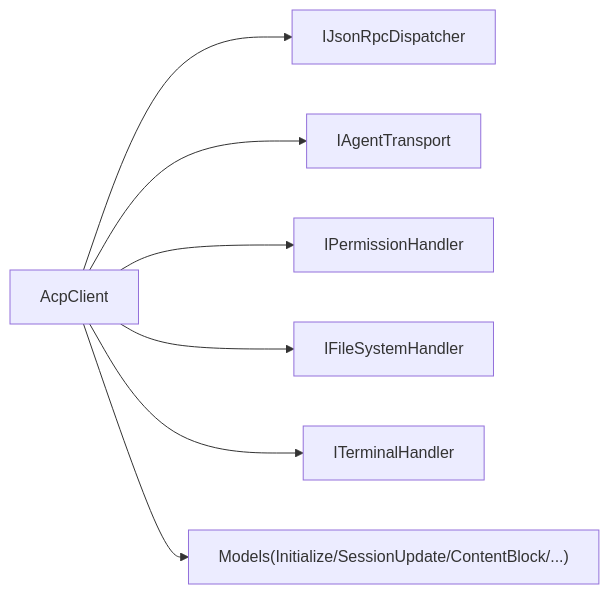
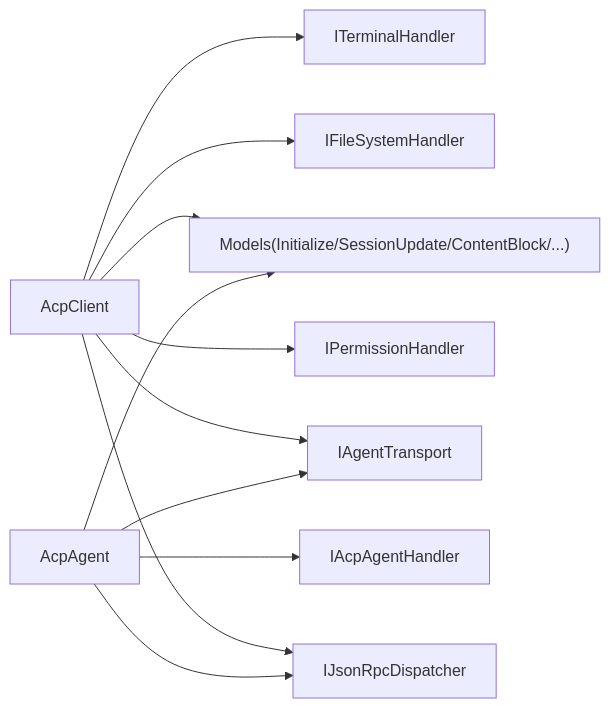
One commit to AgenticDesktop/ACPLibrary changed the sixth of 6 diagrams in .qoder/repowiki/zh/content/客户端API/客户端API.md. Above: the diagram before and after it, drawn with Mermaid. The commit also changed other lines of this file and 33 other files, not shown here.

````diff
--- a/.qoder/repowiki/zh/content/客户端API/客户端API.md
+++ b/.qoder/repowiki/zh/content/客户端API/客户端API.md
@@ -397,9 +542,13 @@
 ```mermaid
 graph LR
 AcpClient["AcpClient"] --> Dispatcher["IJsonRpcDispatcher"]
 AcpClient --> Transport["IAgentTransport"]
 AcpClient --> Perm["IPermissionHandler"]
 AcpClient --> FS["IFileSystemHandler"]
 AcpClient --> Term["ITerminalHandler"]
+AcpAgent["AcpAgent"] --> Dispatcher
+AcpAgent --> Transport
+AcpAgent --> Handler["IAcpAgentHandler"]
 AcpClient --> Models["Models(Initialize/SessionUpdate/ContentBlock/...)"]
+AcpAgent --> Models
 ```
````
